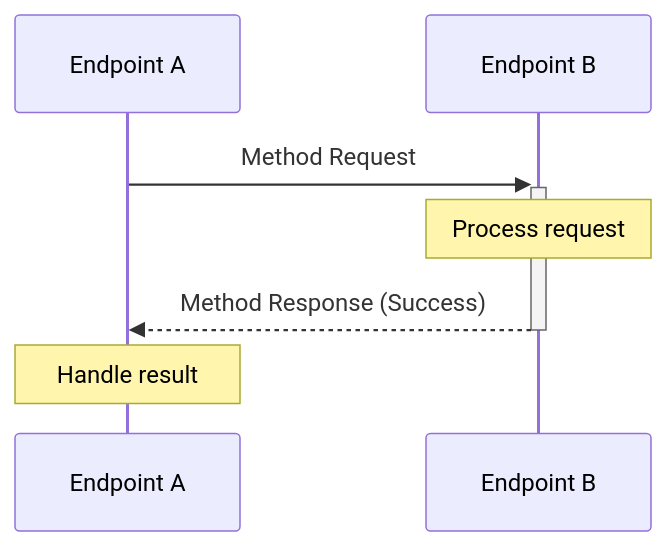
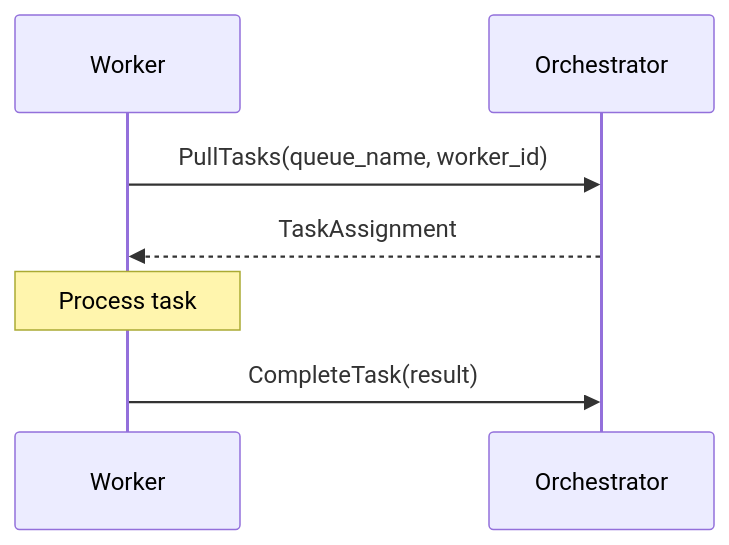
The first of 3 diagrams in docs/docs/protocol/message-format.md (stepflow-ai/stepflow), drawn with Mermaid before and after one commit. The commit also changed other lines of this file and 28 other files, not shown here.

First line of the commit message:
docs: Update documentation for gRPC-first architecture

````diff
--- a/docs/docs/protocol/message-format.md
+++ b/docs/docs/protocol/message-format.md
@@ -26,10 +24,10 @@
 ```mermaid
 sequenceDiagram
-    participant A as Endpoint A
-    participant B as Endpoint B
+    participant W as Worker
+    participant O as Orchestrator
 
-    A->>+B: Method Request
-    Note over B: Process request
-    B-->>-A: Method Response (Success)
-    Note over A: Handle result
+    W->>O: PullTasks(queue_name, worker_id)
+    O-->>W: TaskAssignment
+    Note over W: Process task
+    W->>O: CompleteTask(result)
 ```
````
